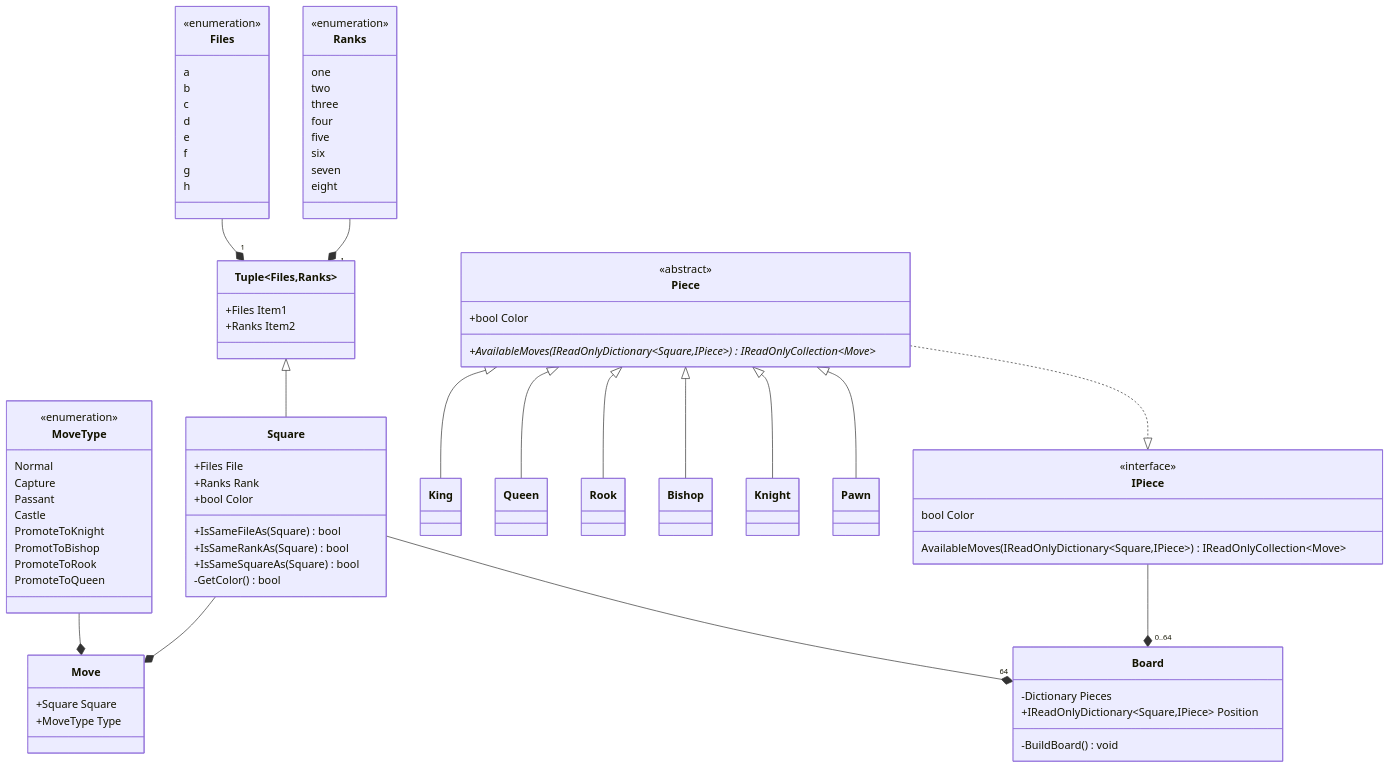
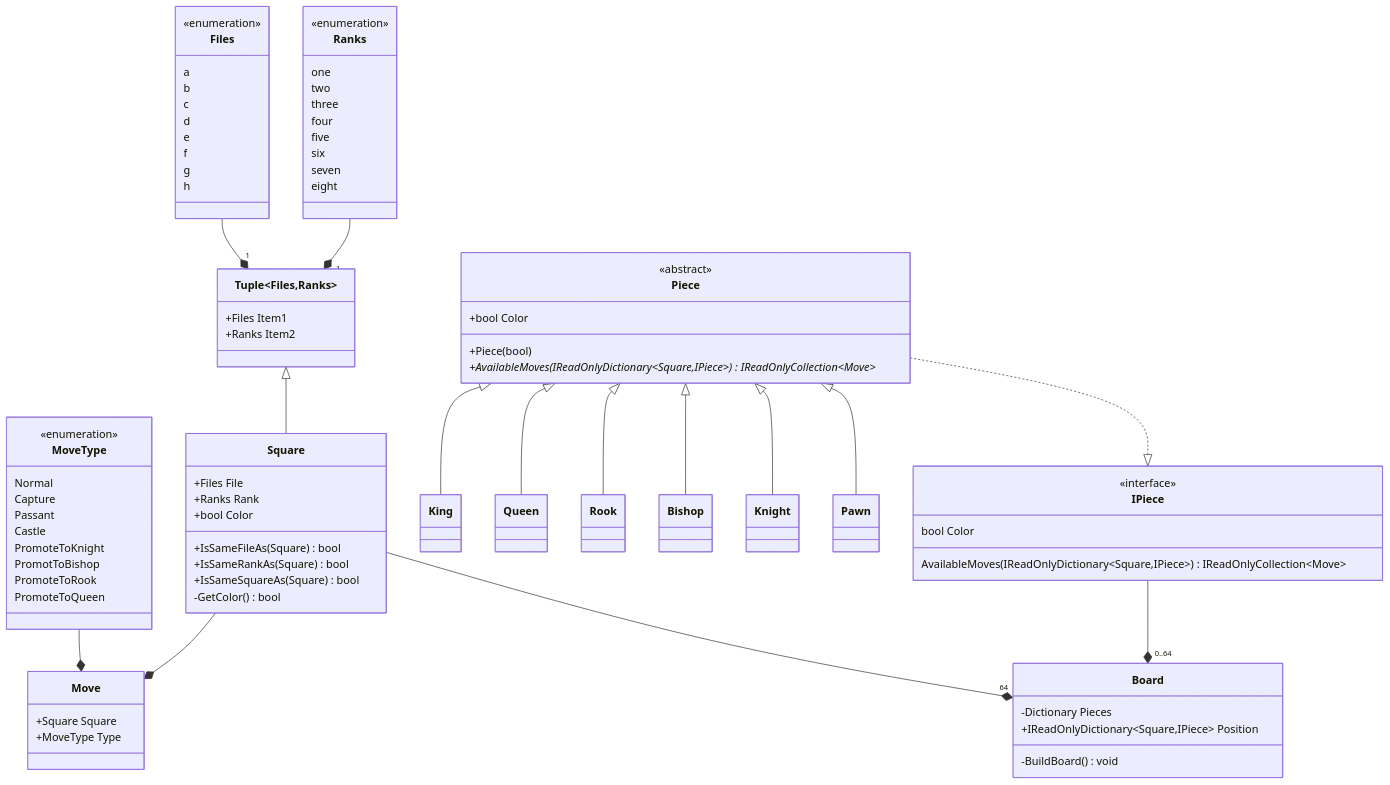
One commit to JeanLColombo/Mate changed the diagram in UML Diagram/Core/Core.md. Above: the diagram before and after it, drawn with Mermaid. The commit also changed 3 other files, not shown here.

```diff
--- a/UML Diagram/Core/Core.md
+++ b/UML Diagram/Core/Core.md
@@ -63,6 +63,7 @@
     class Piece{
         <<abstract>>
         +bool Color
+        +Piece(bool)
         +AvailableMoves(IReadOnlyDictionary~Square,IPiece~)* IReadOnlyCollection~Move~  
     }
     class Pawn{
```
